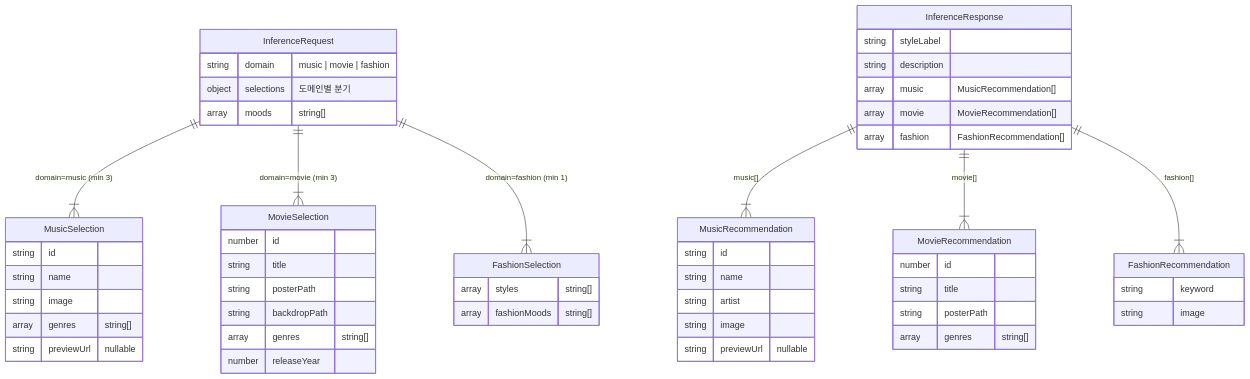
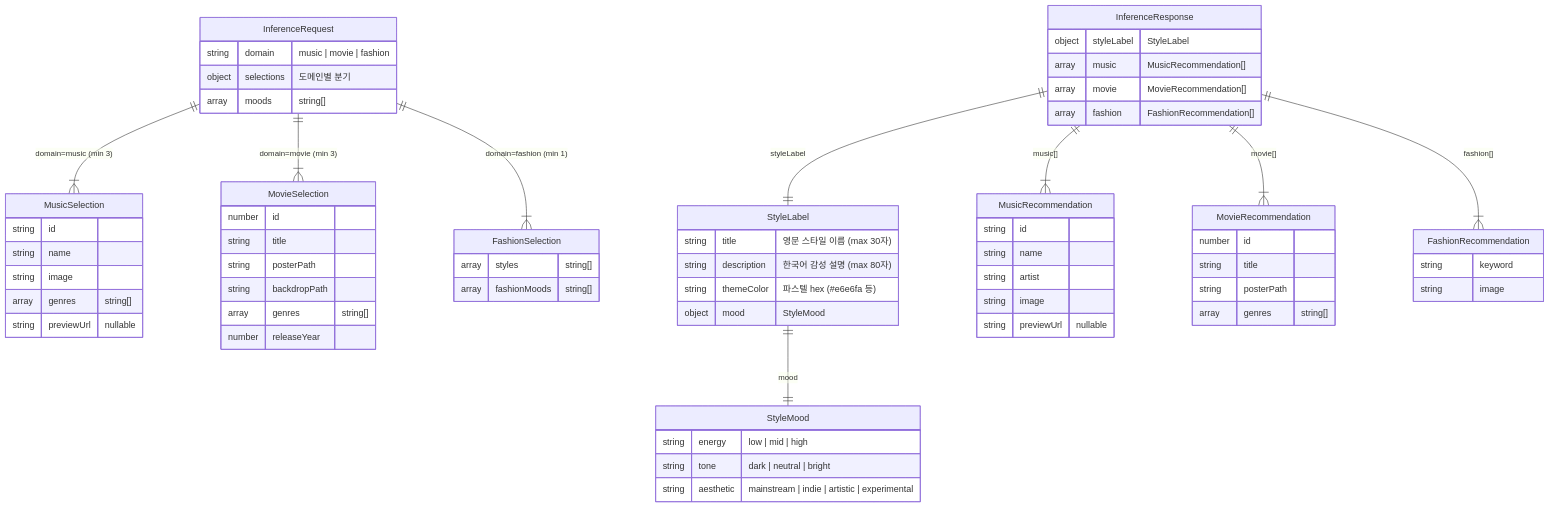
Before and after one commit to Style-Sync/stylesync: the diagram in docs/inference-schema.md, drawn with Mermaid. The commit also changed other lines of this file, not shown here.

First line of the commit message:
docs: InferenceResponse StyleLabel 객체 구조 반영 (#207 대응)

````diff
--- a/docs/inference-schema.md
+++ b/docs/inference-schema.md
@@ -25,65 +25,79 @@
 ```mermaid
 erDiagram
     InferenceRequest {
         string  domain       "music | movie | fashion"
         object  selections   "도메인별 분기"
         array   moods        "string[]"
     }
 
     MusicSelection {
         string  id
         string  name
         string  image
         array   genres       "string[]"
         string  previewUrl   "nullable"
     }
 
     MovieSelection {
         number  id
         string  title
         string  posterPath
         string  backdropPath
         array   genres       "string[]"
         number  releaseYear
     }
 
     FashionSelection {
         array   styles       "string[]"
         array   fashionMoods "string[]"
     }
 
+    StyleMood {
+        string  energy       "low | mid | high"
+        string  tone         "dark | neutral | bright"
+        string  aesthetic    "mainstream | indie | artistic | experimental"
+    }
+
+    StyleLabel {
+        string  title        "영문 스타일 이름 (max 30자)"
+        string  description  "한국어 감성 설명 (max 80자)"
+        string  themeColor   "파스텔 hex (#e6e6fa 등)"
+        object  mood         "StyleMood"
+    }
+
     InferenceResponse {
-        string  styleLabel
-        string  description
+        object  styleLabel   "StyleLabel"
         array   music        "MusicRecommendation[]"
         array   movie        "MovieRecommendation[]"
         array   fashion      "FashionRecommendation[]"
     }
 
     MusicRecommendation {
         string  id
         string  name
         string  artist
         string  image
         string  previewUrl   "nullable"
     }
 
     MovieRecommendation {
         number  id
         string  title
         string  posterPath
         array   genres       "string[]"
     }
 
     FashionRecommendation {
         string  keyword
         string  image
     }
 
     InferenceRequest ||--|{ MusicSelection    : "domain=music (min 3)"
     InferenceRequest ||--|{ MovieSelection    : "domain=movie (min 3)"
     InferenceRequest ||--|{ FashionSelection  : "domain=fashion (min 1)"
+    StyleLabel ||--|| StyleMood             : "mood"
+    InferenceResponse ||--|| StyleLabel          : "styleLabel"
     InferenceResponse ||--|{ MusicRecommendation   : "music[]"
     InferenceResponse ||--|{ MovieRecommendation   : "movie[]"
     InferenceResponse ||--|{ FashionRecommendation : "fashion[]"
 ```
````
